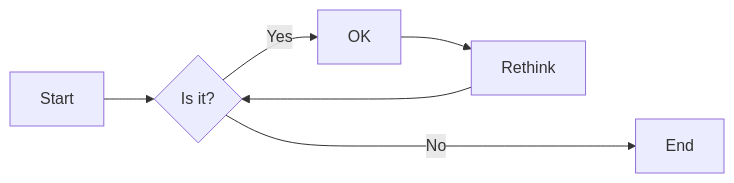
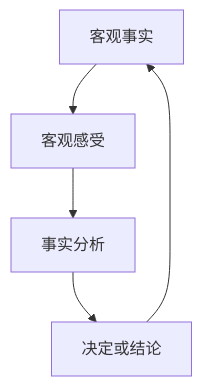
The diagram in source/_posts/内容运营2.md (wangkai1018/wangkai1018.github.io), drawn with Mermaid before and after one commit.

Commit message:
添加mermaid代码

````diff
--- a/source/_posts/内容运营2.md
+++ b/source/_posts/内容运营2.md
@@ -229,8 +229,5 @@
  ```mermaid
- graph LR
-     A[Start] --> B{Is it?};
-     B -- Yes --> C[OK];
-     C --> D[Rethink];
-     D --> B;
-     B -- No ----> E[End];
+ graph TB
+     A[客观事实] --> B[客观感受]-->C[事实分析]-->D[决定或结论]
+     D --> A
  ```
````
